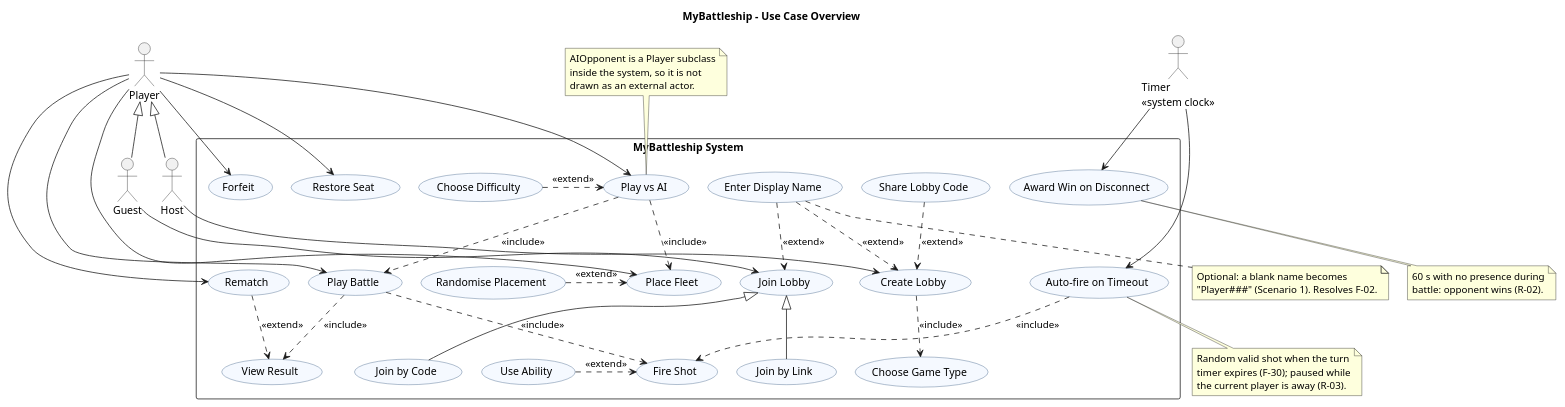
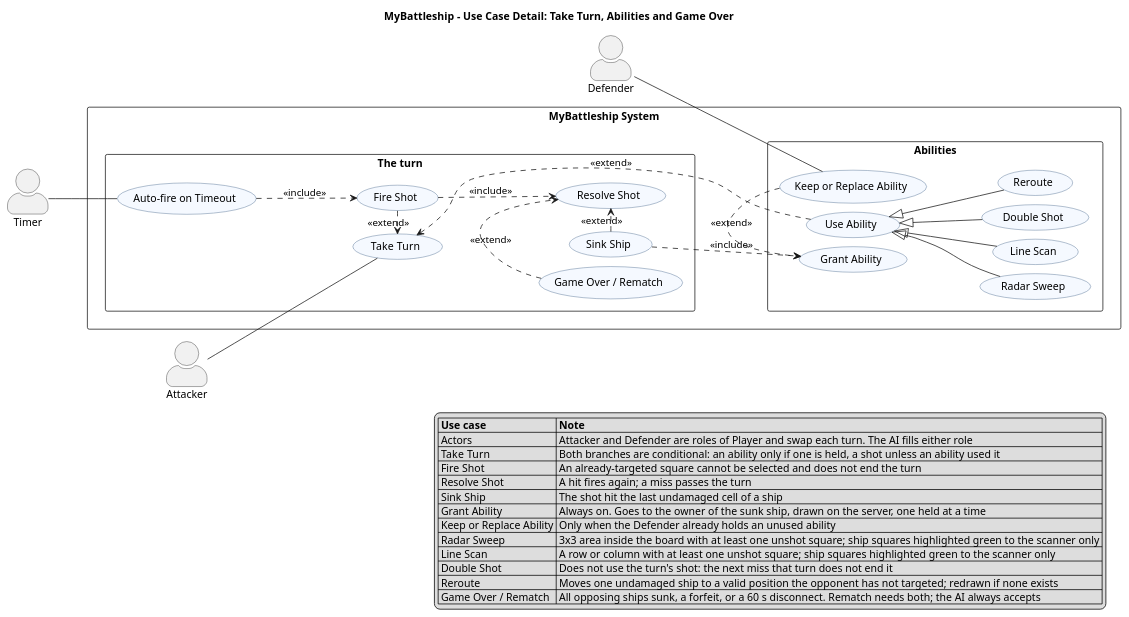
The diagram in docs/uml/use-case-overview.puml (queeeety/battleship-online), drawn with PlantUML before and after one commit. The commit also changed 1 other file, not shown here.

Commit message:
Fixing use-case-diagrams

```diff
--- a/docs/uml/use-case-overview.puml
+++ b/docs/uml/use-case-overview.puml
@@ -1,103 +1,79 @@
-@startuml MyBattleship_UseCase_Overview
-title MyBattleship - Use Case Overview
+@startuml MyBattleship_UseCase_Battle
+title MyBattleship - Use Case Detail: Take Turn, Abilities and Game Over
 
+left to right direction
 skinparam packageStyle rectangle
-skinparam nodesep 25
-skinparam ranksep 45
+skinparam nodesep 12
+skinparam ranksep 70
+skinparam shadowing false
 skinparam usecase {
   BackgroundColor #F5F9FF
   BorderColor #33567F
 }
+skinparam actorStyle awesome
 
-actor Player
-actor Host
-actor Guest
-actor "Timer\n<<system clock>>" as Timer
-
-Player <|-- Host
-Player <|-- Guest
+actor Attacker
+actor Defender
+actor Timer
 
 rectangle "MyBattleship System" {
 
-  together {
-    usecase "Play vs AI" as UC_AI
-    usecase "Choose Difficulty" as UC_Diff
+  package "The turn" {
+    usecase "Take Turn" as UC_Turn
+    usecase "Fire Shot" as UC_Fire
+    usecase "Auto-fire on Timeout" as UC_Auto
+    usecase "Resolve Shot" as UC_Resolve
+    usecase "Sink Ship" as UC_Sink
+    usecase "Game Over / Rematch" as UC_Win
   }
-  usecase "Create Lobby" as UC_Create
-  usecase "Choose Game Type" as UC_Type
-  usecase "Share Lobby Code" as UC_Share
-  usecase "Join Lobby" as UC_Join
-  usecase "Join by Code" as UC_JoinCode
-  usecase "Join by Link" as UC_JoinLink
-  usecase "Enter Display Name" as UC_Name
 
-  usecase "Place Fleet" as UC_Place
-  usecase "Randomise Placement" as UC_Rand
-  usecase "Play Battle" as UC_Battle
-  usecase "Fire Shot" as UC_Fire
-  usecase "Use Ability" as UC_Ability
-  usecase "Forfeit" as UC_Forfeit
-  usecase "View Result" as UC_Result
-  usecase "Rematch" as UC_Rematch
-  usecase "Restore Seat" as UC_Restore
-
-  usecase "Auto-fire on Timeout" as UC_Auto
-  usecase "Award Win on Disconnect" as UC_DC
+  package "Abilities" {
+    usecase "Use Ability" as UC_Ability
+    usecase "Radar Sweep" as UC_Radar
+    usecase "Line Scan" as UC_Line
+    usecase "Double Shot" as UC_Double
+    usecase "Reroute" as UC_Reroute
+    usecase "Grant Ability" as UC_Draw
+    usecase "Keep or Replace Ability" as UC_Keep
+  }
 }
 
-' ---------- Actor associations ----------
-Player --> UC_AI
-Host --> UC_Create
-Guest --> UC_Join
-Player --> UC_Place
-Player --> UC_Battle
-Player --> UC_Forfeit
-Player --> UC_Rematch
-Player --> UC_Restore
-Timer --> UC_Auto
-Timer --> UC_DC
+Attacker -- UC_Turn
+Timer -- UC_Auto
+Defender -- UC_Keep
 
-' ---------- Include (base always does it) ----------
-UC_AI ..> UC_Place : <<include>>
-UC_AI ..> UC_Battle : <<include>>
-UC_Create ..> UC_Type : <<include>>
-UC_Battle ..> UC_Fire : <<include>>
-UC_Battle ..> UC_Result : <<include>>
+' ---------- Extend ----------
+UC_Fire .> UC_Turn : <<extend>>
+UC_Ability .> UC_Turn : <<extend>>
+UC_Sink .> UC_Resolve : <<extend>>
+UC_Win .> UC_Resolve : <<extend>>
+UC_Keep .> UC_Draw : <<extend>>
+
+' ---------- Include ----------
 UC_Auto ..> UC_Fire : <<include>>
+UC_Fire ..> UC_Resolve : <<include>>
+UC_Sink ..> UC_Draw : <<include>>
 
-' ---------- Extend (optional / conditional) ----------
-UC_Diff .> UC_AI : <<extend>>
-UC_Share ..> UC_Create : <<extend>>
-UC_Name ..> UC_Create : <<extend>>
-UC_Name ..> UC_Join : <<extend>>
-UC_Rand .> UC_Place : <<extend>>
-UC_Ability .> UC_Fire : <<extend>>
-UC_Rematch ..> UC_Result : <<extend>>
+' ---------- Generalisation ----------
+UC_Ability <|-- UC_Radar
+UC_Ability <|-- UC_Line
+UC_Ability <|-- UC_Double
+UC_Ability <|-- UC_Reroute
 
-' ---------- Use case generalisation ----------
-UC_Join <|-- UC_JoinCode
-UC_Join <|-- UC_JoinLink
-
-note bottom of UC_Name
-  Optional: a blank name becomes
-  "Player###" (Scenario 1). Resolves F-02.
-end note
-
-note bottom of UC_Auto
-  Random valid shot when the turn
-  timer expires (F-30); paused while
-  the current player is away (R-03).
-end note
-
-note bottom of UC_DC
-  60 s with no presence during
-  battle: opponent wins (R-02).
-end note
-
-note top of UC_AI
-  AIOpponent is a Player subclass
-  inside the system, so it is not
-  drawn as an external actor.
-end note
+legend right
+  |= Use case |= Note |
+  | Actors | Attacker and Defender are roles of Player and swap each turn. The AI fills either role |
+  | Take Turn | Both branches are conditional: an ability only if one is held, a shot unless an ability used it |
+  | Fire Shot | An already-targeted square cannot be selected and does not end the turn |
+  | Resolve Shot | A hit fires again; a miss passes the turn |
+  | Sink Ship | The shot hit the last undamaged cell of a ship |
+  | Grant Ability | Always on. Goes to the owner of the sunk ship, drawn on the server, one held at a time |
+  | Keep or Replace Ability | Only when the Defender already holds an unused ability |
+  | Radar Sweep | 3x3 area inside the board with at least one unshot square; ship squares highlighted green to the scanner only |
+  | Line Scan | A row or column with at least one unshot square; ship squares highlighted green to the scanner only |
+  | Double Shot | Does not use the turn's shot: the next miss that turn does not end it |
+  | Reroute | Moves one undamaged ship to a valid position the opponent has not targeted; redrawn if none exists |
+  | Game Over / Rematch | All opposing ships sunk, a forfeit, or a 60 s disconnect. Rematch needs both; the AI always accepts |
+endlegend
 
 @enduml
```
